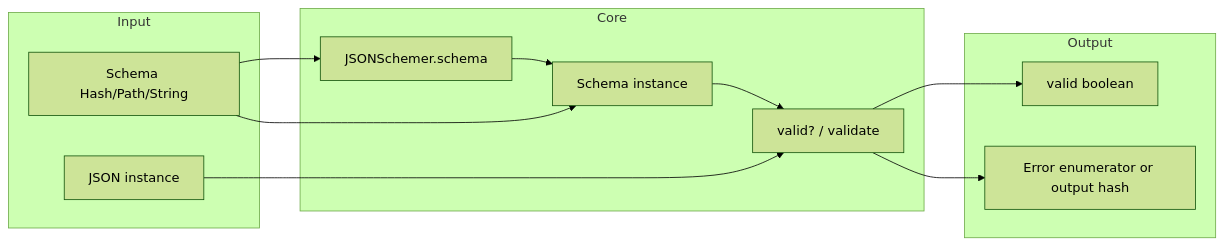
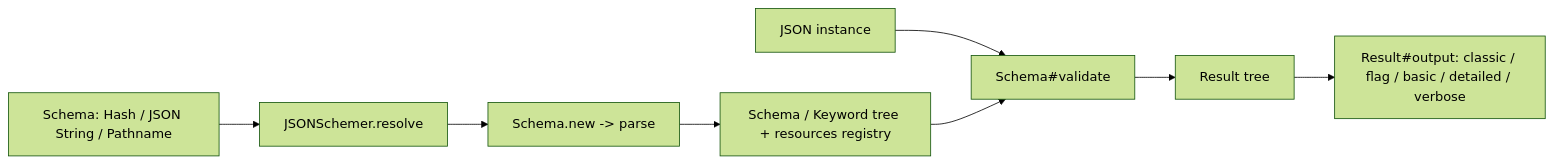
Before and after one commit to goddtriffin/json-schema-rs: the first of 2 diagrams in research/reports/ruby/davishmcclurg-json_schemer.md, drawn with Mermaid (forest theme). The commit also changed other lines of this file and 51 other files, not shown here.

````diff
--- a/research/reports/ruby/davishmcclurg-json_schemer.md
+++ b/research/reports/ruby/davishmcclurg-json_schemer.md
@@ -93,23 +103,10 @@
 ```mermaid
 flowchart LR
-  subgraph input [Input]
-    Schema[Schema Hash/Path/String]
-    Instance[JSON instance]
-  end
-  subgraph core [Core]
-    SchemaCreate[JSONSchemer.schema]
-    SchemaInst[Schema instance]
-    ValidOrValidate[valid? / validate]
-    SchemaCreate --> SchemaInst
-    SchemaInst --> ValidOrValidate
-  end
-  subgraph output [Output]
-    Valid[valid boolean]
-    Errors[Error enumerator or output hash]
-    ValidOrValidate --> Valid
-    ValidOrValidate --> Errors
-  end
-  Schema --> SchemaCreate
-  Schema --> SchemaInst
-  Instance --> ValidOrValidate
+  Input["Schema: Hash / JSON String / Pathname"] --> Resolve["JSONSchemer.resolve"]
+  Resolve --> SchemaNew["Schema.new -> parse"]
+  SchemaNew --> Tree["Schema / Keyword tree + resources registry"]
+  Instance["JSON instance"] --> Validate["Schema#validate"]
+  Tree --> Validate
+  Validate --> ResultTree["Result tree"]
+  ResultTree --> Output["Result#output: classic / flag / basic / detailed / verbose"]
 ```
````
